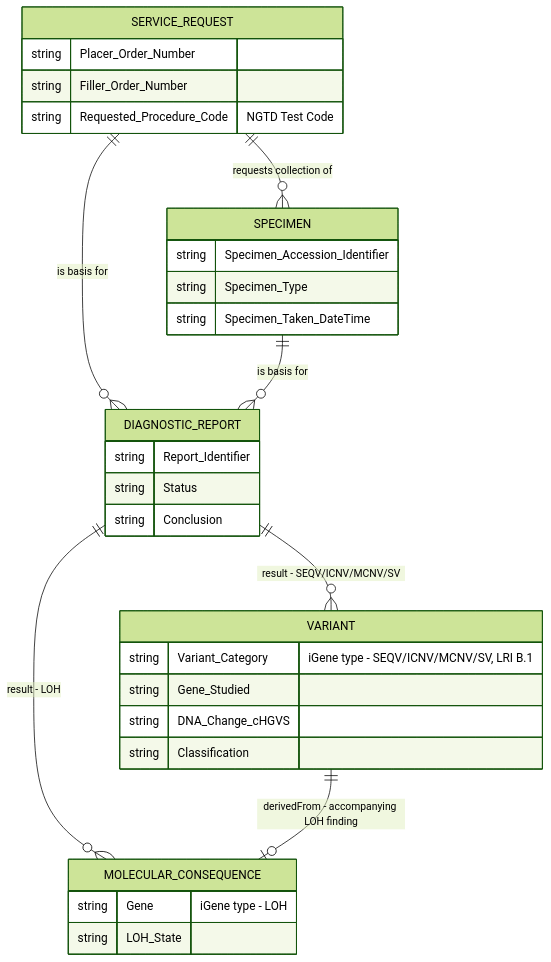
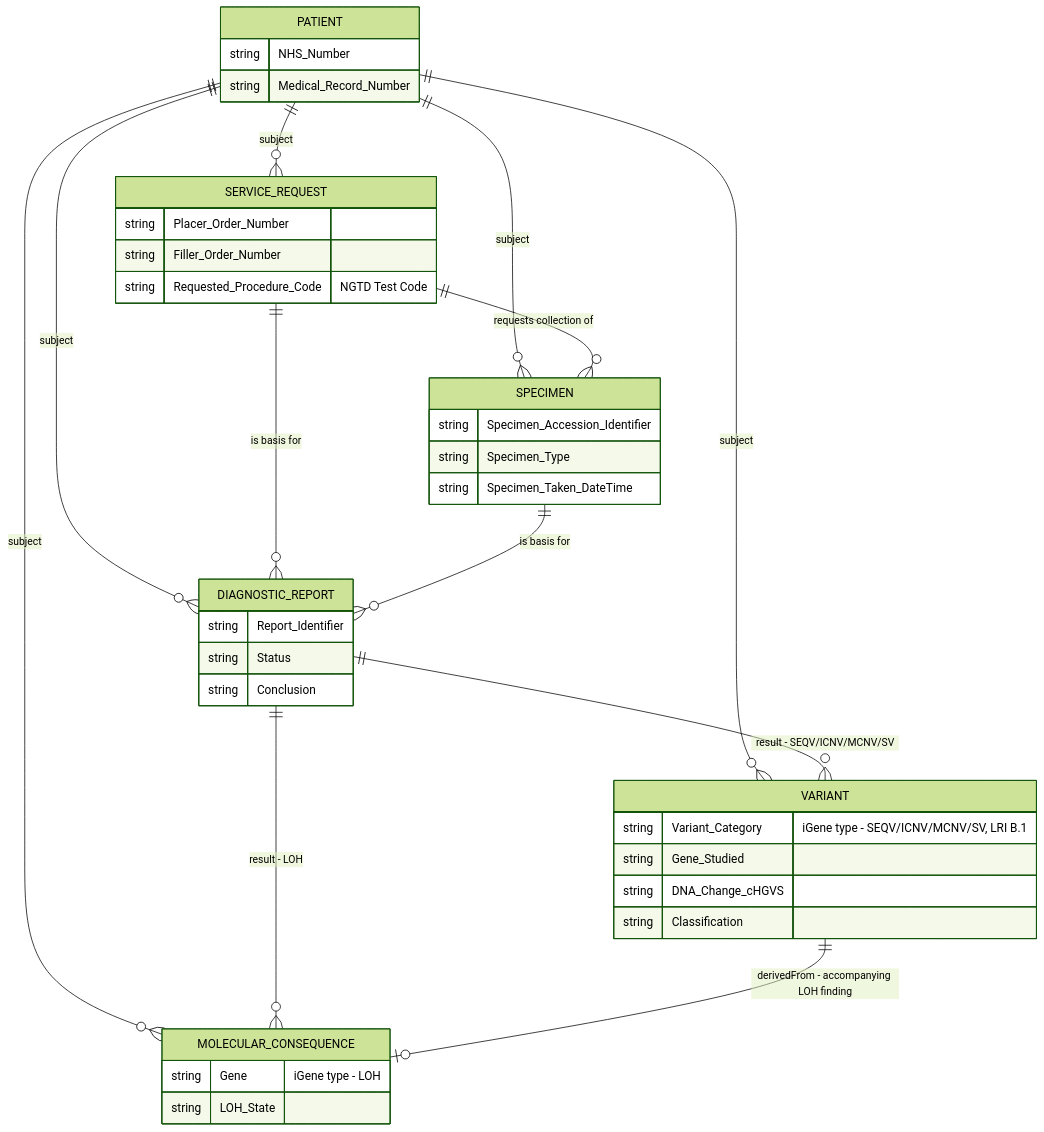
Before and after one commit to nw-gmsa/nw-gmsa.github.com: the fourth of 4 diagrams in input/pagecontent/reportable-variants.md, drawn with Mermaid (forest theme). The commit also changed other lines of this file, not shown here.

Commit message:
Add Patient to the reportable-variants erDiagram, linked via subject
Patient sits behind ServiceRequest, Specimen, DiagnosticReport, Variant
and Molecular Consequence as their common subject, rather than only
being reachable via the work order.

Claude-Session: https://claude.ai/code/session_01HrKffi9wcZgtGxsrNfERaB

````diff
--- a/input/pagecontent/reportable-variants.md
+++ b/input/pagecontent/reportable-variants.md
@@ -149,35 +150,44 @@
 ```mermaid
 erDiagram
+    PATIENT ||--o{ SERVICE_REQUEST : "subject"
+    PATIENT ||--o{ SPECIMEN : "subject"
+    PATIENT ||--o{ DIAGNOSTIC_REPORT : "subject"
+    PATIENT ||--o{ VARIANT : "subject"
+    PATIENT ||--o{ MOLECULAR_CONSEQUENCE : "subject"
     SERVICE_REQUEST ||--o{ SPECIMEN : "requests collection of"
     SERVICE_REQUEST ||--o{ DIAGNOSTIC_REPORT : "is basis for"
     SPECIMEN ||--o{ DIAGNOSTIC_REPORT : "is basis for"
     DIAGNOSTIC_REPORT ||--o{ VARIANT : "result - SEQV/ICNV/MCNV/SV"
     DIAGNOSTIC_REPORT ||--o{ MOLECULAR_CONSEQUENCE : "result - LOH"
     VARIANT ||--o| MOLECULAR_CONSEQUENCE : "derivedFrom - accompanying LOH finding"
 
+    PATIENT {
+        string NHS_Number
+        string Medical_Record_Number
+    }
     SERVICE_REQUEST {
         string Placer_Order_Number
         string Filler_Order_Number
         string Requested_Procedure_Code "NGTD Test Code"
     }
     SPECIMEN {
         string Specimen_Accession_Identifier
         string Specimen_Type
         string Specimen_Taken_DateTime
     }
     DIAGNOSTIC_REPORT {
         string Report_Identifier
         string Status
         string Conclusion
     }
     VARIANT {
         string Variant_Category "iGene type - SEQV/ICNV/MCNV/SV, LRI B.1"
         string Gene_Studied
         string DNA_Change_cHGVS
         string Classification
     }
     MOLECULAR_CONSEQUENCE {
         string Gene "iGene type - LOH"
         string LOH_State
     }
 ```
````
